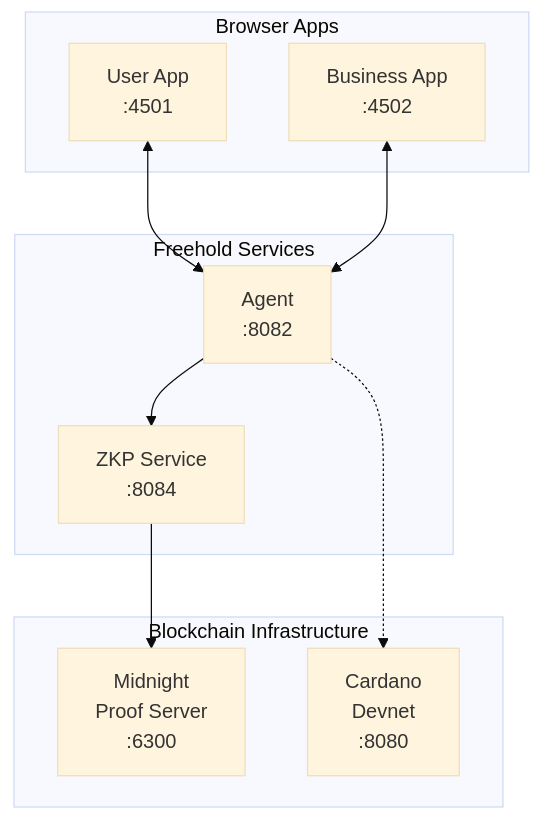
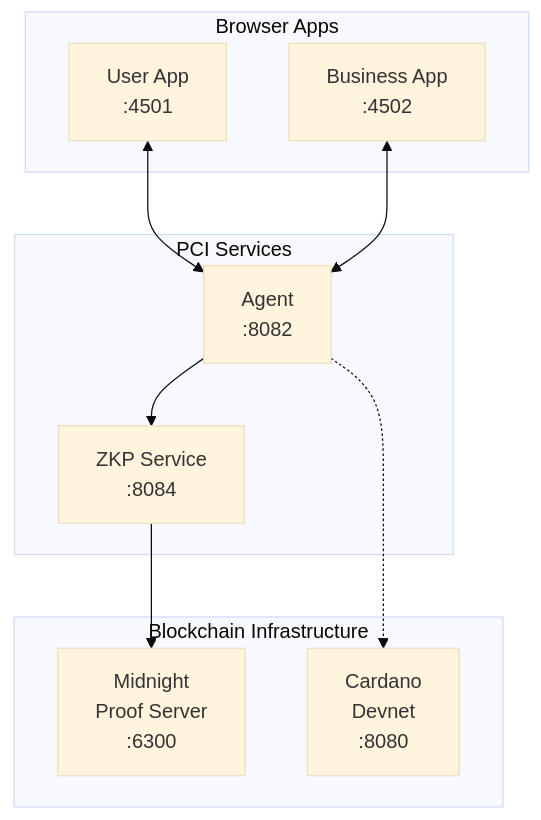
Before and after one commit to freehold-earth/freehold: the first of 2 diagrams in demo/README.md, drawn with Mermaid (base theme). The commit also changed other lines of this file and 1 other file, not shown here.

````diff
--- a/demo/README.md
+++ b/demo/README.md
@@ -15,23 +15,23 @@
 ```mermaid
 flowchart TB
     subgraph Frontend["Browser Apps"]
         UA["User App<br/>:4501"]
         BA["Business App<br/>:4502"]
     end
 
-    subgraph Backend["Freehold Services"]
+    subgraph Backend["PCI Services"]
         AG["Agent<br/>:8082"]
         ZKP["ZKP Service<br/>:8084"]
     end
 
     subgraph Blockchain["Blockchain Infrastructure"]
         MN["Midnight<br/>Proof Server<br/>:6300"]
         CD["Cardano<br/>Devnet<br/>:8080"]
     end
 
     UA <--> AG
     BA <--> AG
     AG --> ZKP
     ZKP --> MN
     AG -.-> CD
 ```
````
